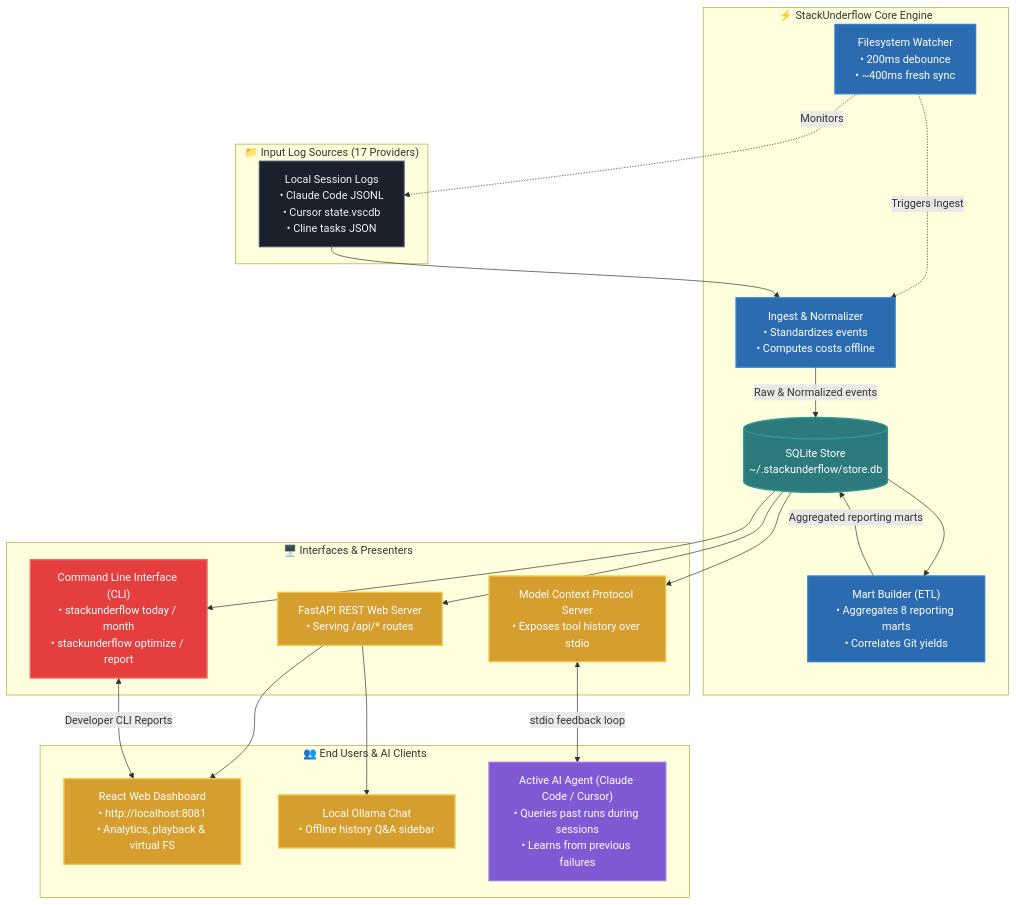
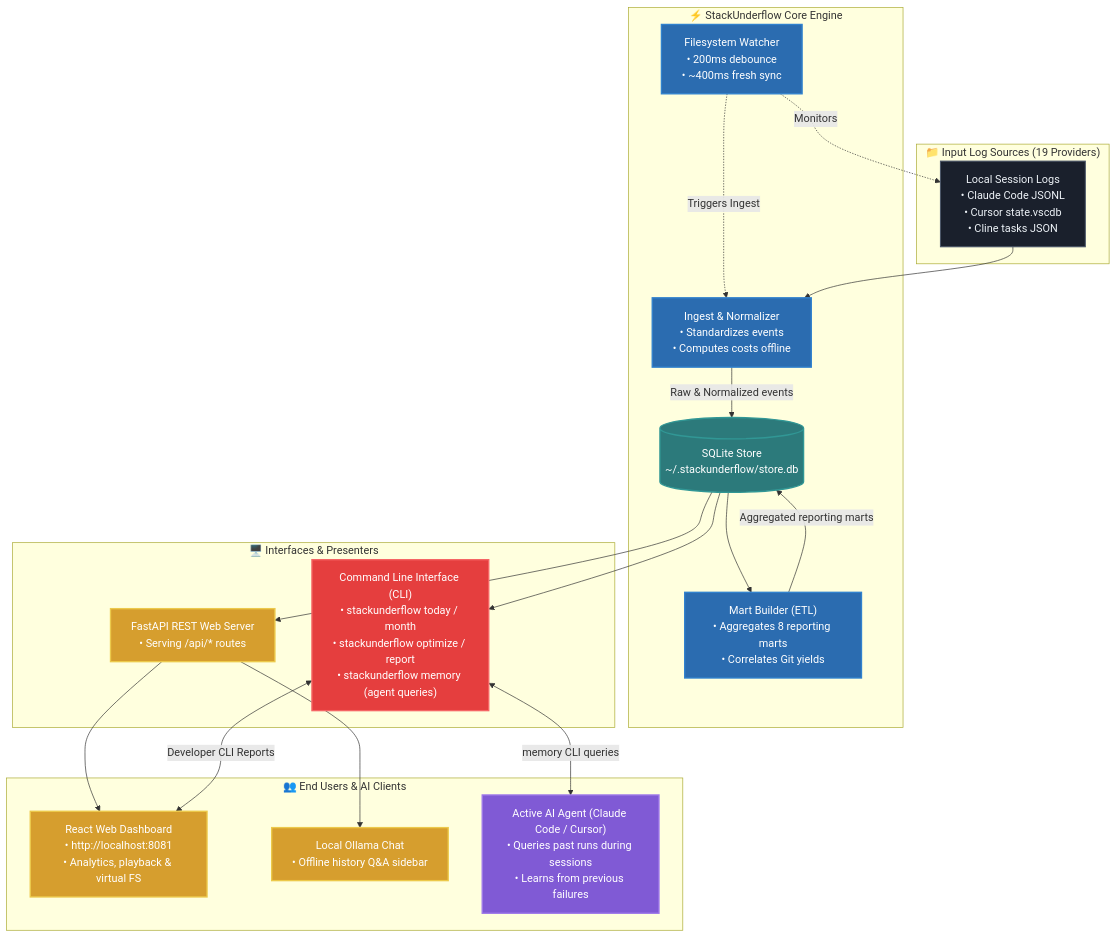
The diagram in README.md (0bserver07/StackUnderflow), drawn with Mermaid before and after one commit. The commit also changed other lines of this file and 1 other file, not shown here.

First line of the commit message:
docs: correct provider counts (19=7+12), drop retired self-MCP claims

````diff
--- a/README.md
+++ b/README.md
@@ -237,65 +240,63 @@
 ```mermaid
 flowchart TD
     %% Theme Styling for Dark & Light Mode Legibility
     classDef source fill:#1A202C,stroke:#4A5568,stroke-width:1.5px,color:#EDF2F7;
     classDef pipeline fill:#2B6CB0,stroke:#3182CE,stroke-width:2px,color:#FFF;
     classDef db fill:#2C7A7B,stroke:#319795,stroke-width:2px,color:#FFF;
     classDef interface fill:#D69E2E,stroke:#ECC94B,stroke-width:2px,color:#FFF;
     classDef cli fill:#E53E3E,stroke:#F56565,stroke-width:2px,color:#FFF;
     classDef agent fill:#805AD5,stroke:#9F7AEA,stroke-width:2px,color:#FFF;
 
     %% 1. Log Sources
-    subgraph Sources ["📁 Input Log Sources (17 Providers)"]
+    subgraph Sources ["📁 Input Log Sources (19 Providers)"]
         Logs["Local Session Logs<br/>• Claude Code JSONL<br/>• Cursor state.vscdb<br/>• Cline tasks JSON"]
     end
     class Logs source;
 
     %% 2. Background Processing
     subgraph Engine ["⚡ StackUnderflow Core Engine"]
         Watcher["Filesystem Watcher<br/>• 200ms debounce<br/>• ~400ms fresh sync"]
         Ingest["Ingest & Normalizer<br/>• Standardizes events<br/>• Computes costs offline"]
         Store[("SQLite Store<br/>~/.stackunderflow/store.db")]
         ETL["Mart Builder (ETL)<br/>• Aggregates 8 reporting marts<br/>• Correlates Git yields"]
     end
     class Watcher,Ingest,ETL pipeline;
     class Store db;
 
     %% 3. Interfaces & Presentation
     subgraph Frontends ["🖥️ Interfaces & Presenters"]
         API["FastAPI REST Web Server<br/>• Serving /api/* routes"]
-        MCP["Model Context Protocol Server<br/>• Exposes tool history over stdio"]
-        CLI["Command Line Interface (CLI)<br/>• stackunderflow today / month<br/>• stackunderflow optimize / report"]
+        CLI["Command Line Interface (CLI)<br/>• stackunderflow today / month<br/>• stackunderflow optimize / report<br/>• stackunderflow memory (agent queries)"]
     end
-    class API,MCP interface;
+    class API interface;
     class CLI cli;
 
     %% 4. Client / End User Applications
     subgraph Clients ["👥 End Users & AI Clients"]
         Dashboard["React Web Dashboard<br/>• http://localhost:8081<br/>• Analytics, playback & virtual FS"]
         Ollama["Local Ollama Chat<br/>• Offline history Q&A sidebar"]
         Agent["Active AI Agent (Claude Code / Cursor)<br/>• Queries past runs during sessions<br/>• Learns from previous failures"]
     end
     class Dashboard,Ollama interface;
     class Agent agent;
 
     %% Watcher Loop
     Watcher -.->|Monitors| Logs
     Watcher -.->|Triggers Ingest| Ingest
 
     %% Data Pipeline Flow
     Logs --> Ingest
     Ingest -->|Raw & Normalized events| Store
     Store --> ETL
     ETL -->|Aggregated reporting marts| Store
 
     %% Access Points
     Store --> API
-    Store --> MCP
     Store --> CLI
 
     %% Client Delivery
     API --> Dashboard
     API --> Ollama
-    MCP <-->|stdio feedback loop| Agent
+    CLI <-->|memory CLI queries| Agent
     CLI <-->|Developer CLI Reports| Dashboard
 ```
````
